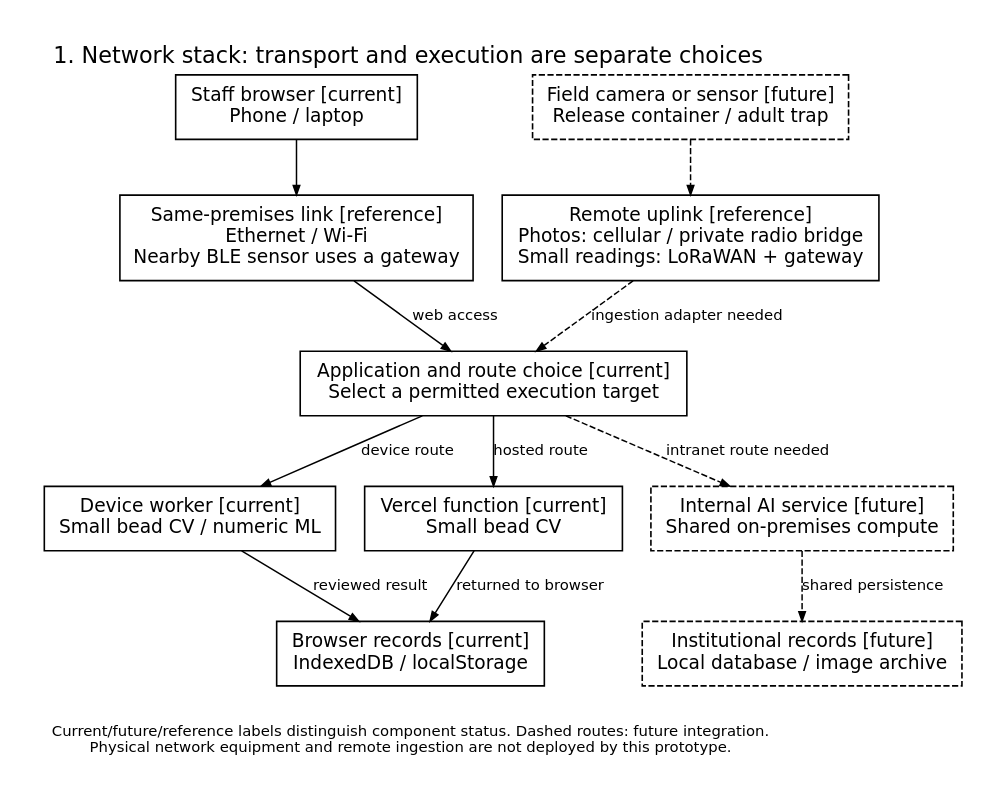
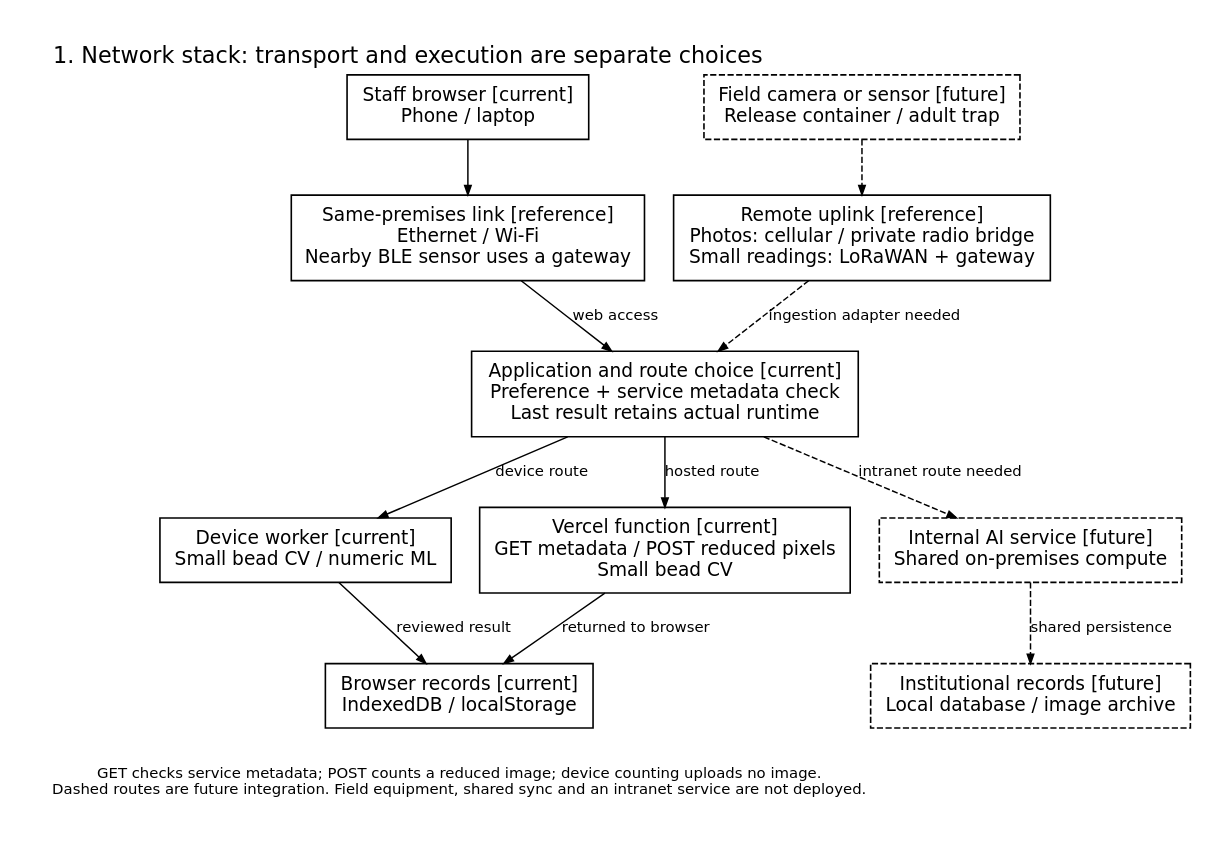
Before and after one commit to wilisail/workshop-ready: the diagram in docs/figures/network-stack.dot, drawn with Graphviz. The commit also changed 12 other files, not shown here.

Commit message:
feat: expose counting service reachability and actual execution paths

```diff
--- a/docs/figures/network-stack.dot
+++ b/docs/figures/network-stack.dot
@@ -1,32 +1,32 @@
 digraph network_stack {
 graph [bgcolor="white", rankdir=TB, pad="0.35", nodesep="0.32", ranksep="0.6", splines=polyline, fontname="DejaVu Sans", fontsize=18, labelloc=t, labeljust=l];
 label="1. Network stack: transport and execution are separate choices";
 node [shape=box, style="filled", fillcolor="white", color="black", fontcolor="black", fontname="DejaVu Sans", fontsize=15, penwidth=1.3, margin="0.16,0.12"];
 edge [color="black", fontcolor="black", fontname="DejaVu Sans", fontsize=12, penwidth=1.2, arrowsize=0.75];
 staff [label="Staff browser [current]\nPhone / laptop"];
 field [label="Field camera or sensor [future]\nRelease container / adult trap", style="filled,dashed"];
 premises [label="Same-premises link [reference]\nEthernet / Wi-Fi\nNearby BLE sensor uses a gateway"];
 remote [label="Remote uplink [reference]\nPhotos: cellular / private radio bridge\nSmall readings: LoRaWAN + gateway"];
-routing [label="Application and route choice [current]\nSelect a permitted execution target"];
+routing [label="Application and route choice [current]\nPreference + service metadata check\nLast result retains actual runtime"];
 device [label="Device worker [current]\nSmall bead CV / numeric ML"];
-vercel [label="Vercel function [current]\nSmall bead CV"];
+vercel [label="Vercel function [current]\nGET metadata / POST reduced pixels\nSmall bead CV"];
 internal [label="Internal AI service [future]\nShared on-premises compute", style="filled,dashed"];
 browserstore [label="Browser records [current]\nIndexedDB / localStorage"];
 sharedstore [label="Institutional records [future]\nLocal database / image archive", style="filled,dashed"];
 staff -> premises;
 field -> remote [style=dashed];
 premises -> routing [label="web access"];
 remote -> routing [label="ingestion adapter needed", style=dashed];
 routing -> device [label="device route"];
 routing -> vercel [label="hosted route"];
 routing -> internal [label="intranet route needed", style=dashed];
 device -> browserstore [label="reviewed result"];
 vercel -> browserstore [label="returned to browser"];
 internal -> sharedstore [label="shared persistence", style=dashed];
 { rank=same; staff; field; }
 { rank=same; premises; remote; }
 { rank=same; device; vercel; internal; }
 { rank=same; browserstore; sharedstore; }
-note [shape=plaintext, fontsize=12, label="Current/future/reference labels distinguish component status. Dashed routes: future integration.\nPhysical network equipment and remote ingestion are not deployed by this prototype."];
+note [shape=plaintext, fontsize=12, label="GET checks service metadata; POST counts a reduced image; device counting uploads no image.\nDashed routes are future integration. Field equipment, shared sync and an intranet service are not deployed."];
 { rank=sink; note; }
 }
```
